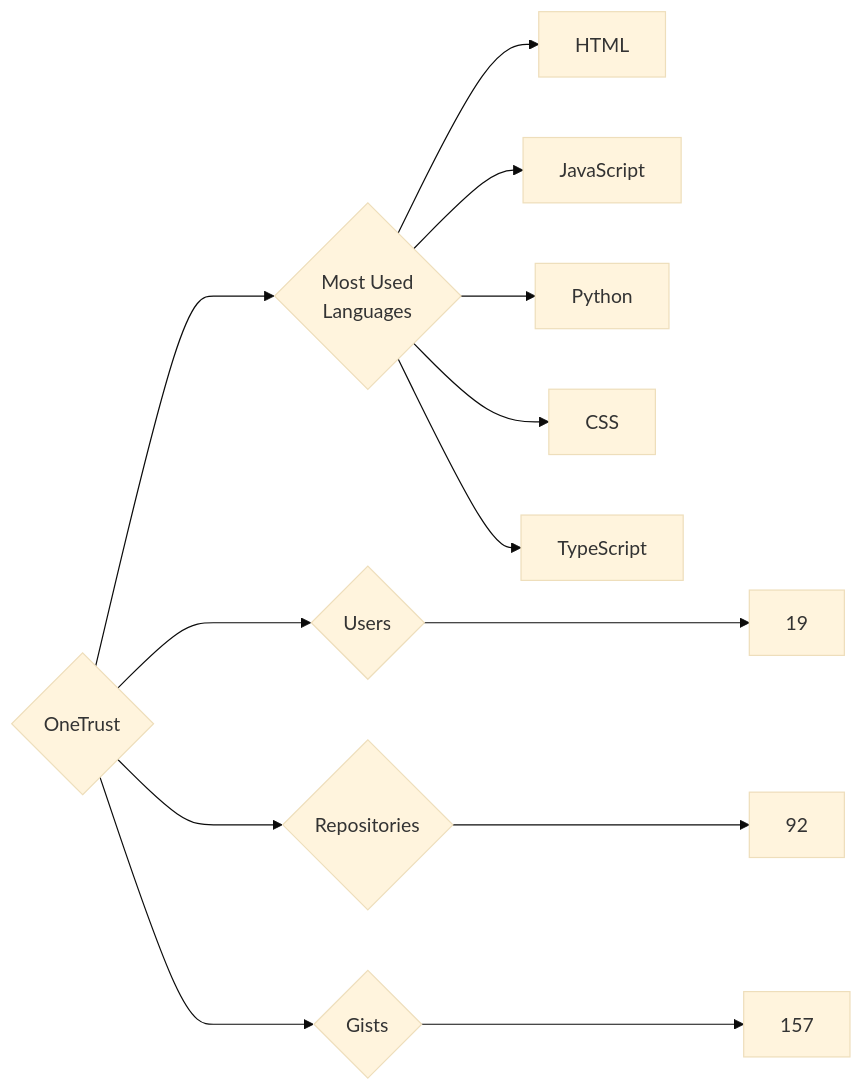
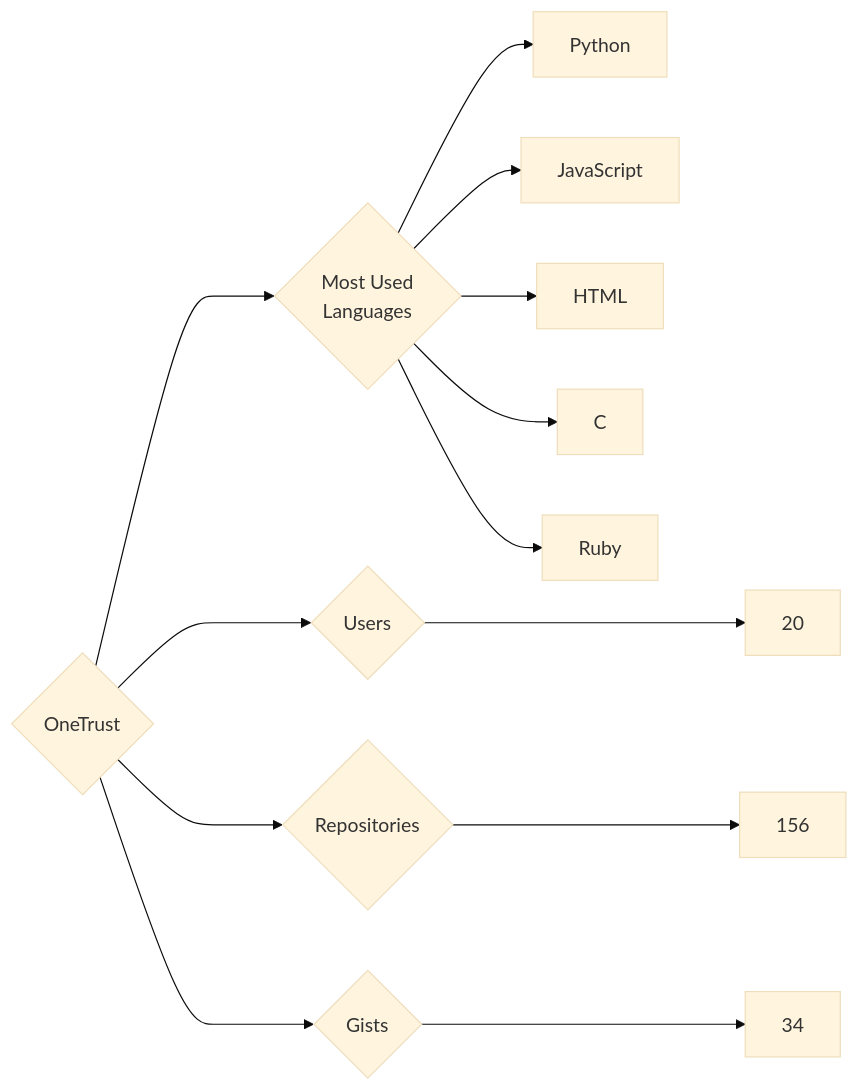
One commit to trickest/insiders changed the diagram in targets/OneTrust/README.md. Above: the diagram before and after it, drawn with Mermaid (base theme). The commit also changed 839 other files, not shown here.

````diff
--- a/targets/OneTrust/README.md
+++ b/targets/OneTrust/README.md
@@ -3,13 +3,13 @@
 ```mermaid
 graph LR
 COMPANY_NAME{OneTrust}
-COMPANY_NAME ---> U{Users} ---> UN[19]
-COMPANY_NAME ---> R{Repositories} ---> RN[92]
-COMPANY_NAME ---> G{Gists} ---> GN[157]
+COMPANY_NAME ---> U{Users} ---> UN[20]
+COMPANY_NAME ---> R{Repositories} ---> RN[156]
+COMPANY_NAME ---> G{Gists} ---> GN[34]
 COMPANY_NAME ---> ML{Most Used<br>Languages}
+ML --> Python[Python]
+ML --> JavaScript[JavaScript]
 ML --> HTML[HTML]
-ML --> JavaScript[JavaScript]
-ML --> Python[Python]
-ML --> CSS[CSS]
-ML --> TypeScript[TypeScript]
+ML --> C[C]
+ML --> Ruby[Ruby]
 ```
````
